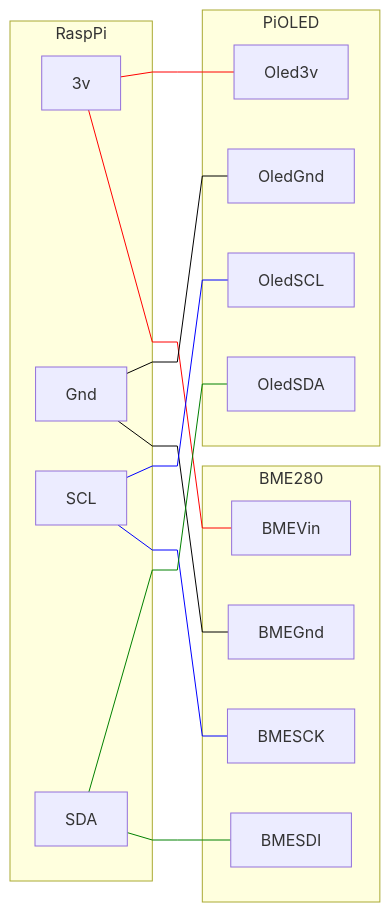
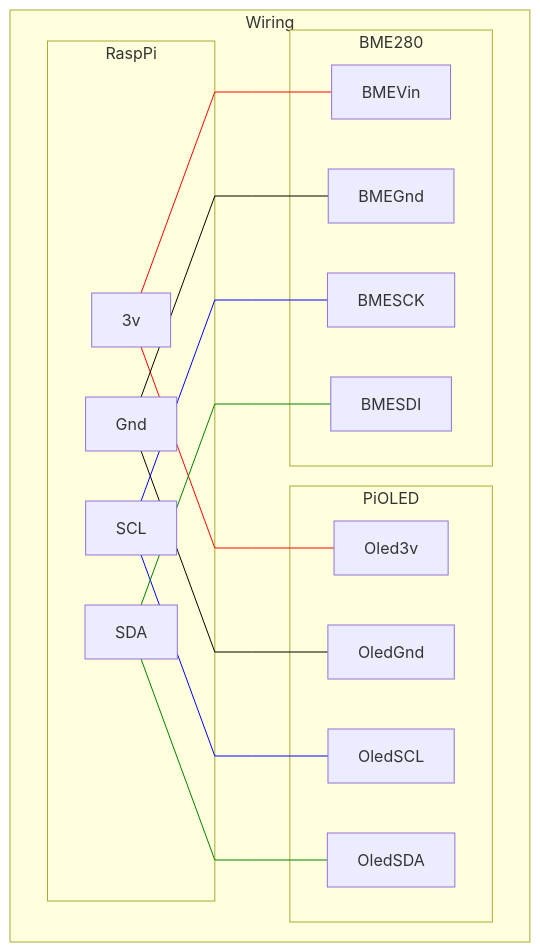
The diagram in docs/WiringDiagram.md (SotoDucani/go-pi-tempsensor), drawn with Mermaid before and after one commit.

Commit message:
Add wrapping graph so you can see black lines

````diff
--- a/docs/WiringDiagram.md
+++ b/docs/WiringDiagram.md
@@ -1,23 +1,26 @@
 ```mermaid
 flowchart LR
-    subgraph RaspPi
-        3v;Gnd;SCL;SDA
+    subgraph Wiring
+        direction LR
+        subgraph RaspPi
+            3v;Gnd;SCL;SDA
+        end
+        subgraph PiOLED
+            Oled3v;OledSCL;OledSDA;OledGnd
+        end
+        subgraph BME280
+            BMEVin;BMEGnd;BMESCK;BMESDI
+        end
+
+        3v --- Oled3v & BMEVin
+        Gnd --- OledGnd & BMEGnd
+        SCL --- OledSCL & BMESCK
+        SDA --- OledSDA & BMESDI
     end
-    subgraph PiOLED
-        Oled3v;OledSCL;OledSDA;OledGnd
-    end
-    subgraph BME280
-        BMEVin;BMEGnd;BMESCK;BMESDI
-    end
-
-    3v --- Oled3v & BMEVin
-    Gnd --- OledGnd & BMEGnd
-    SCL --- OledSCL & BMESCK
-    SDA --- OledSDA & BMESDI
 
     linkStyle default interpolate linear;
     linkStyle 0,1 stroke:red;
     linkStyle 2,3 stroke:black;
     linkStyle 4,5 stroke:blue;
     linkStyle 6,7 stroke:green;
 ```
````
